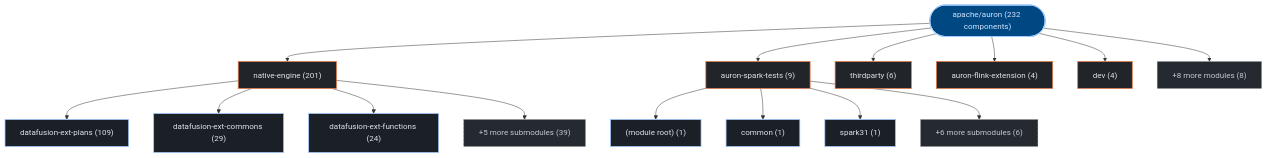
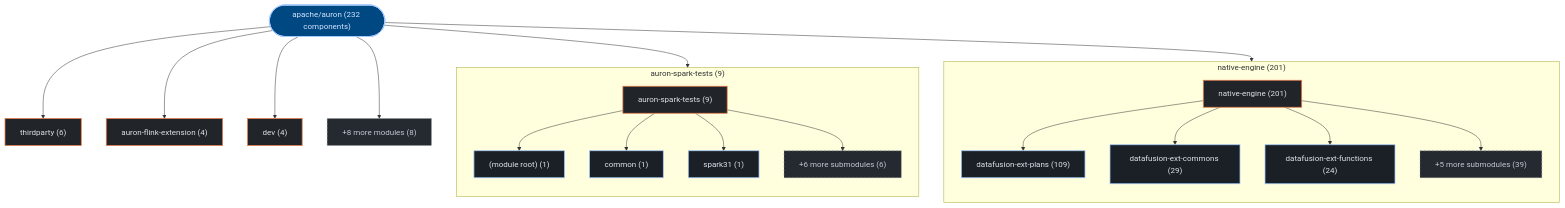
The first of 3 diagrams in exports/latest/reports/apache-auron-report.md (kumarshaz/atruss-code-atlas), drawn with Mermaid before and after one commit. The commit also changed 178 other files, not shown here.

Commit message:
feat(ui,mermaid): upgrade to mermaid v12 + ELK layout, add orgs-summary + pagination, subgraph building blocks, fix tab alignment

````diff
--- a/exports/latest/reports/apache-auron-report.md
+++ b/exports/latest/reports/apache-auron-report.md
@@ -42,39 +42,45 @@
 ```mermaid
 graph TD;
   classDef atlasRoot fill:#004882,stroke:#a3c9ff,stroke-width:2px,color:#d3e4ff
   classDef atlasCategory fill:#212428,stroke:#E87A48,stroke-width:1.5px,color:#dfe3eb
   classDef atlasWorkflow fill:#1b2026,stroke:#a3c9ff,stroke-width:1.5px,color:#dfe3eb
   classDef atlasJob fill:#171c22,stroke:#8d9199,stroke-width:1px,color:#dfe3eb
   classDef atlasTarget fill:#005227,stroke:#8bd99b,stroke-width:1.5px,color:#a7f6b6
   classDef atlasAlert fill:#93000a,stroke:#ffb4ab,stroke-width:1.5px,color:#ffdad6
   classDef atlasMore fill:#252a31,stroke:#8d9199,stroke-dasharray:4 4,color:#c3c6cf
     repo_root(["apache/auron (232 components)"]):::atlasRoot
-    dir_0_native_engine["native-engine (201)"]:::atlasCategory
+    subgraph sg_dir_0_native_engine["native-engine (201)"]
+      direction TB
+      dir_0_native_engine["native-engine (201)"]:::atlasCategory
+      sub_0_0_datafusion_ext_plans["datafusion-ext-plans (109)"]:::atlasWorkflow
+      dir_0_native_engine --> sub_0_0_datafusion_ext_plans
+      sub_0_1_datafusion_ext_commons["datafusion-ext-commons (29)"]:::atlasWorkflow
+      dir_0_native_engine --> sub_0_1_datafusion_ext_commons
+      sub_0_2_datafusion_ext_functions["datafusion-ext-functions (24)"]:::atlasWorkflow
+      dir_0_native_engine --> sub_0_2_datafusion_ext_functions
+      sub_0_more["+5 more submodules (39)"]:::atlasMore
+      dir_0_native_engine --> sub_0_more
+    end
     repo_root --> dir_0_native_engine
-    sub_0_0_datafusion_ext_plans["datafusion-ext-plans (109)"]:::atlasWorkflow
-    dir_0_native_engine --> sub_0_0_datafusion_ext_plans
-    sub_0_1_datafusion_ext_commons["datafusion-ext-commons (29)"]:::atlasWorkflow
-    dir_0_native_engine --> sub_0_1_datafusion_ext_commons
-    sub_0_2_datafusion_ext_functions["datafusion-ext-functions (24)"]:::atlasWorkflow
-    dir_0_native_engine --> sub_0_2_datafusion_ext_functions
-    sub_0_more["+5 more submodules (39)"]:::atlasMore
-    dir_0_native_engine --> sub_0_more
-    dir_1_auron_spark_tests["auron-spark-tests (9)"]:::atlasCategory
+    subgraph sg_dir_1_auron_spark_tests["auron-spark-tests (9)"]
+      direction TB
+      dir_1_auron_spark_tests["auron-spark-tests (9)"]:::atlasCategory
+      sub_1_0__module_root_["(module root) (1)"]:::atlasWorkflow
+      dir_1_auron_spark_tests --> sub_1_0__module_root_
+      sub_1_1_common["common (1)"]:::atlasWorkflow
+      dir_1_auron_spark_tests --> sub_1_1_common
+      sub_1_2_spark31["spark31 (1)"]:::atlasWorkflow
+      dir_1_auron_spark_tests --> sub_1_2_spark31
+      sub_1_more["+6 more submodules (6)"]:::atlasMore
+      dir_1_auron_spark_tests --> sub_1_more
+    end
     repo_root --> dir_1_auron_spark_tests
-    sub_1_0__module_root_["(module root) (1)"]:::atlasWorkflow
-    dir_1_auron_spark_tests --> sub_1_0__module_root_
-    sub_1_1_common["common (1)"]:::atlasWorkflow
-    dir_1_auron_spark_tests --> sub_1_1_common
-    sub_1_2_spark31["spark31 (1)"]:::atlasWorkflow
-    dir_1_auron_spark_tests --> sub_1_2_spark31
-    sub_1_more["+6 more submodules (6)"]:::atlasMore
-    dir_1_auron_spark_tests --> sub_1_more
     dir_2_thirdparty["thirdparty (6)"]:::atlasCategory
     repo_root --> dir_2_thirdparty
     dir_3_auron_flink_extension["auron-flink-extension (4)"]:::atlasCategory
     repo_root --> dir_3_auron_flink_extension
     dir_4_dev["dev (4)"]:::atlasCategory
     repo_root --> dir_4_dev
     dir_other_modules["+8 more modules (8)"]:::atlasMore
     repo_root --> dir_other_modules
 ```
````
